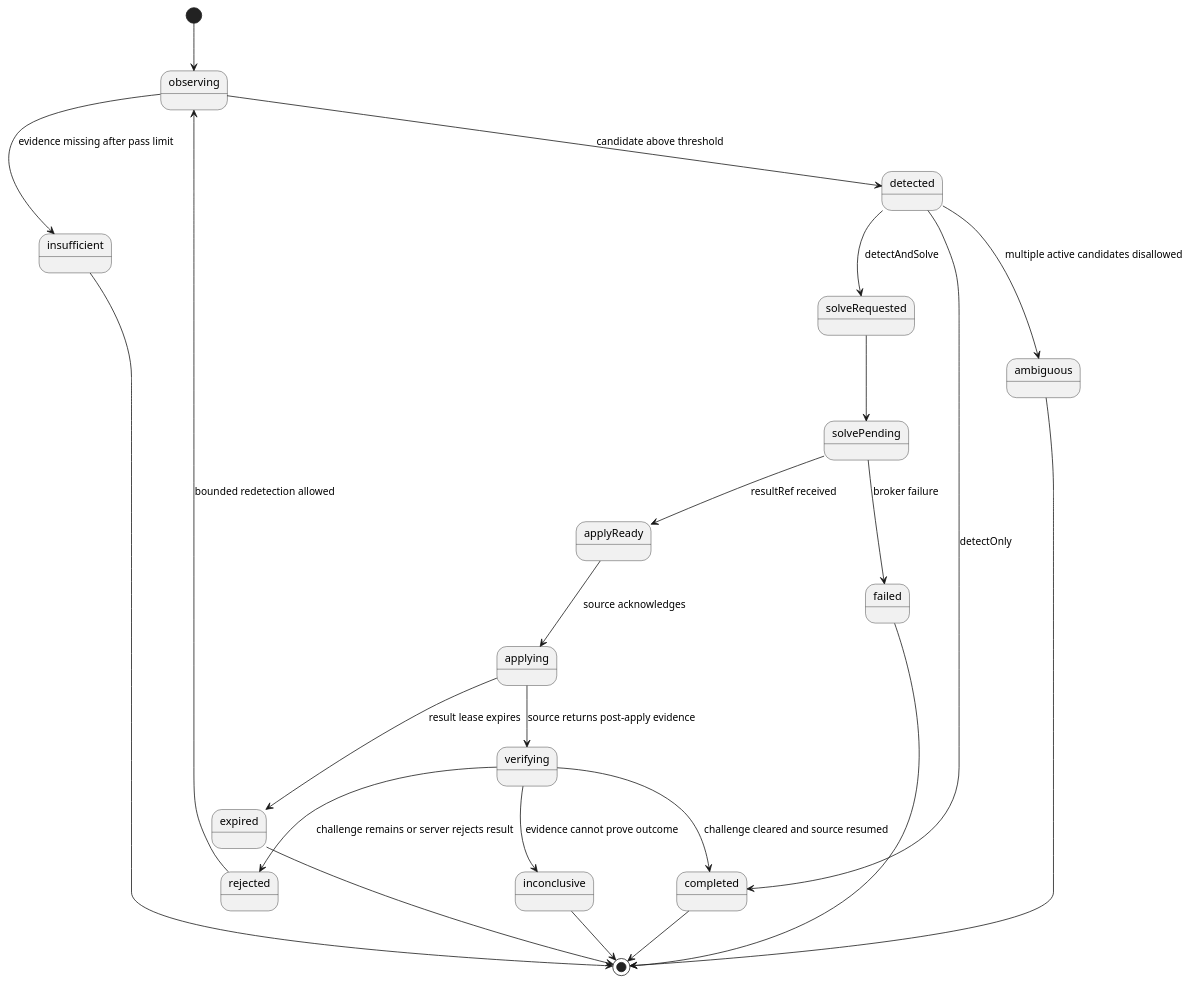
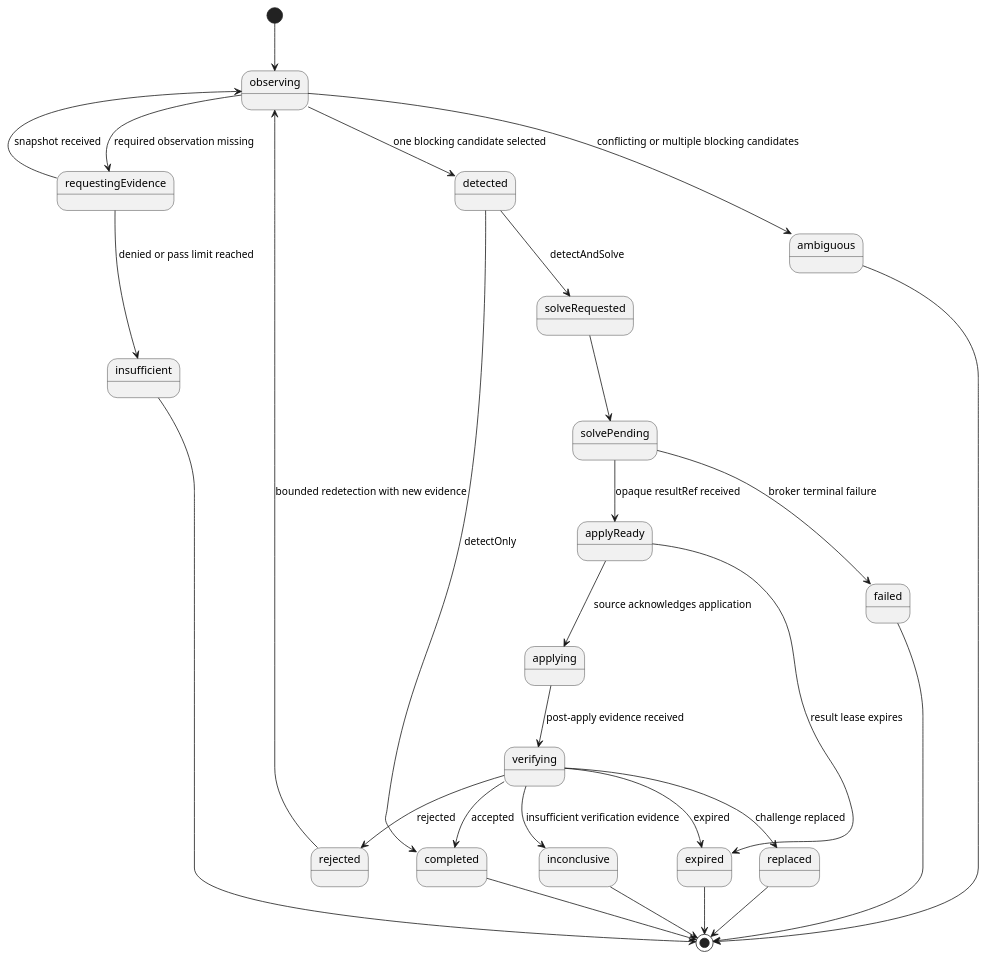
One commit to lost-rob0t/starintel-auto-research changed the fourth of 4 diagrams in roam/design/star-server/STAR-CAPTCHA-001-detection-resolution-orchestrator.org. Above: the diagram before and after it, drawn with PlantUML. The commit also changed other lines of this file, not shown here.

```diff
--- a/roam/design/star-server/STAR-CAPTCHA-001-detection-resolution-orchestrator.org
+++ b/roam/design/star-server/STAR-CAPTCHA-001-detection-resolution-orchestrator.org
@@ -179,26 +271,31 @@
 #+begin_src plantuml
 @startuml
 [*] --> observing
-observing --> insufficient : evidence missing after pass limit
-observing --> detected : candidate above threshold
-detected --> ambiguous : multiple active candidates disallowed
+observing --> requestingEvidence : required observation missing
+requestingEvidence --> observing : snapshot received
+requestingEvidence --> insufficient : denied or pass limit reached
+observing --> detected : one blocking candidate selected
+observing --> ambiguous : conflicting or multiple blocking candidates
+detected --> completed : detectOnly
 detected --> solveRequested : detectAndSolve
-detected --> completed : detectOnly
 solveRequested --> solvePending
-solvePending --> applyReady : resultRef received
-solvePending --> failed : broker failure
-applyReady --> applying : source acknowledges
-applying --> verifying : source returns post-apply evidence
-applying --> expired : result lease expires
-verifying --> completed : challenge cleared and source resumed
-verifying --> rejected : challenge remains or server rejects result
-verifying --> inconclusive : evidence cannot prove outcome
-rejected --> observing : bounded redetection allowed
+solvePending --> applyReady : opaque resultRef received
+solvePending --> failed : broker terminal failure
+applyReady --> applying : source acknowledges application
+applyReady --> expired : result lease expires
+applying --> verifying : post-apply evidence received
+verifying --> completed : accepted
+verifying --> rejected : rejected
+verifying --> expired : expired
+verifying --> replaced : challenge replaced
+verifying --> inconclusive : insufficient verification evidence
+rejected --> observing : bounded redetection with new evidence
 insufficient --> [*]
 ambiguous --> [*]
 failed --> [*]
 expired --> [*]
+replaced --> [*]
 inconclusive --> [*]
 completed --> [*]
 @enduml
 #+end_src
```
